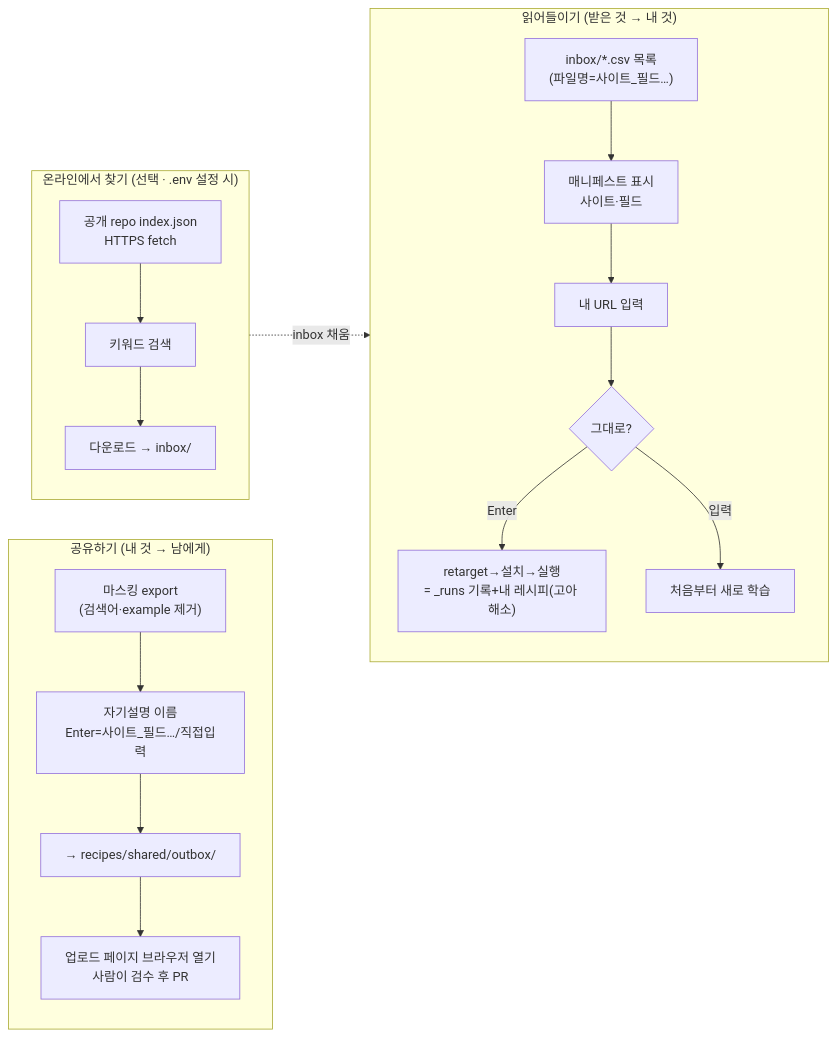
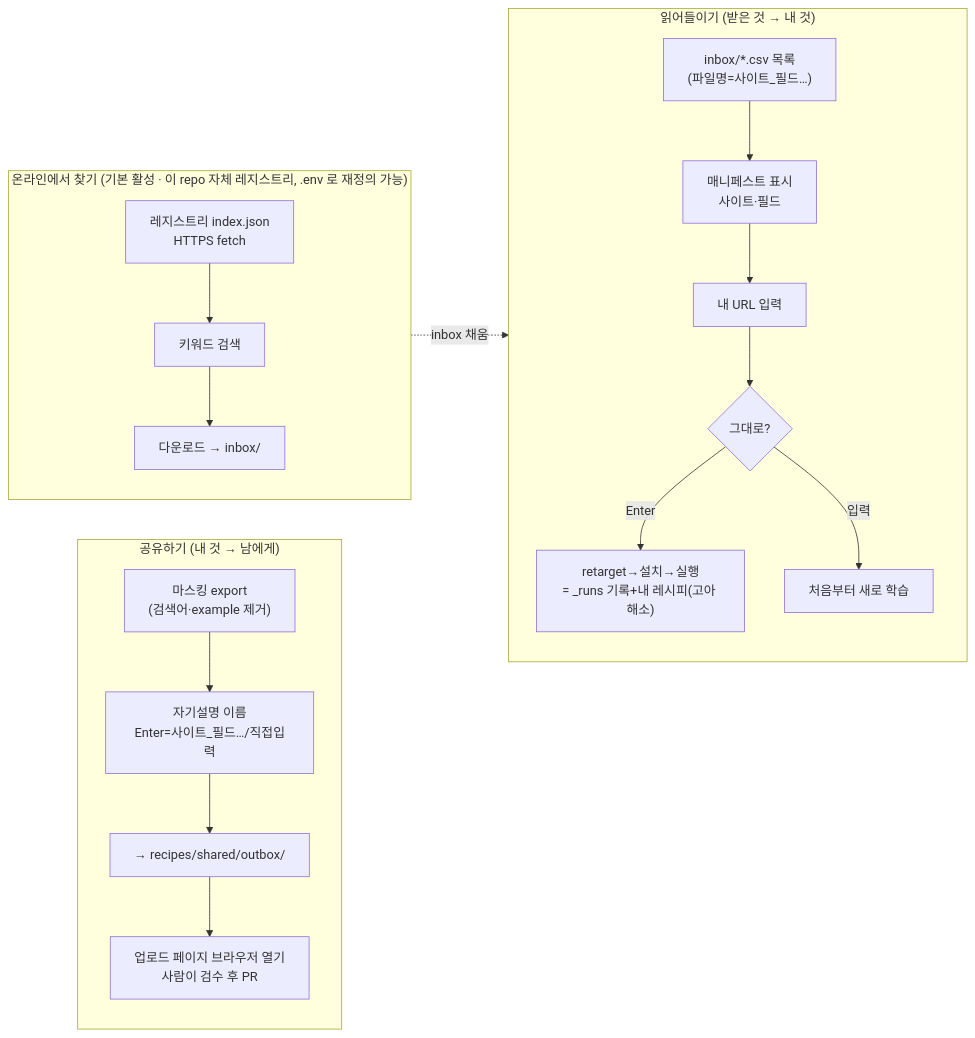
Before and after one commit to Basearchio/Sovereign-Scraper: the third of 4 diagrams in _internal/docs/flowchart.md, drawn with Mermaid. The commit also changed other lines of this file and 6 other files, not shown here.

````diff
--- a/_internal/docs/flowchart.md
+++ b/_internal/docs/flowchart.md
@@ -54,23 +56,23 @@
 ```mermaid
 flowchart LR
     subgraph IN ["읽어들이기 (받은 것 → 내 것)"]
       direction TB
       R1["inbox/*.csv 목록<br/>(파일명=사이트_필드…)"] --> R2["매니페스트 표시<br/>사이트·필드"]
       R2 --> R3["내 URL 입력"]
       R3 --> R4{"그대로?"}
       R4 -- "Enter" --> R5["retarget→설치→실행<br/>= _runs 기록+내 레시피(고아 해소)"]
       R4 -- "입력" --> R6["처음부터 새로 학습"]
     end
     subgraph OUT ["공유하기 (내 것 → 남에게)"]
       direction TB
       P1["마스킹 export<br/>(검색어·example 제거)"] --> P2["자기설명 이름<br/>Enter=사이트_필드…/직접입력"]
       P2 --> P3["→ recipes/shared/outbox/"]
       P3 --> P4["업로드 페이지 브라우저 열기<br/>사람이 검수 후 PR"]
     end
-    subgraph FIND ["온라인에서 찾기 (선택 · .env 설정 시)"]
+    subgraph FIND ["온라인에서 찾기 (기본 활성 · 이 repo 자체 레지스트리, .env 로 재정의 가능)"]
       direction TB
-      S1["공개 repo index.json<br/>HTTPS fetch"] --> S2["키워드 검색"]
+      S1["레지스트리 index.json<br/>HTTPS fetch"] --> S2["키워드 검색"]
       S2 --> S3["다운로드 → inbox/"]
     end
     FIND -.->|inbox 채움| IN
 ```
````
